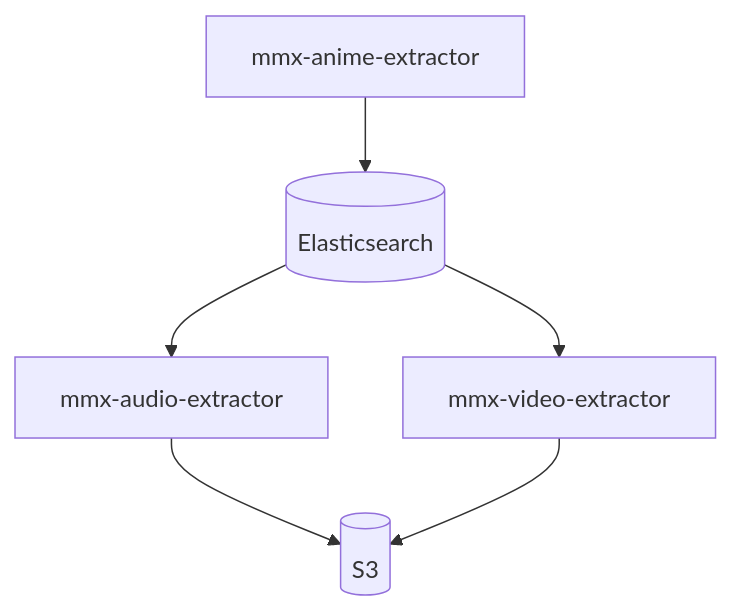
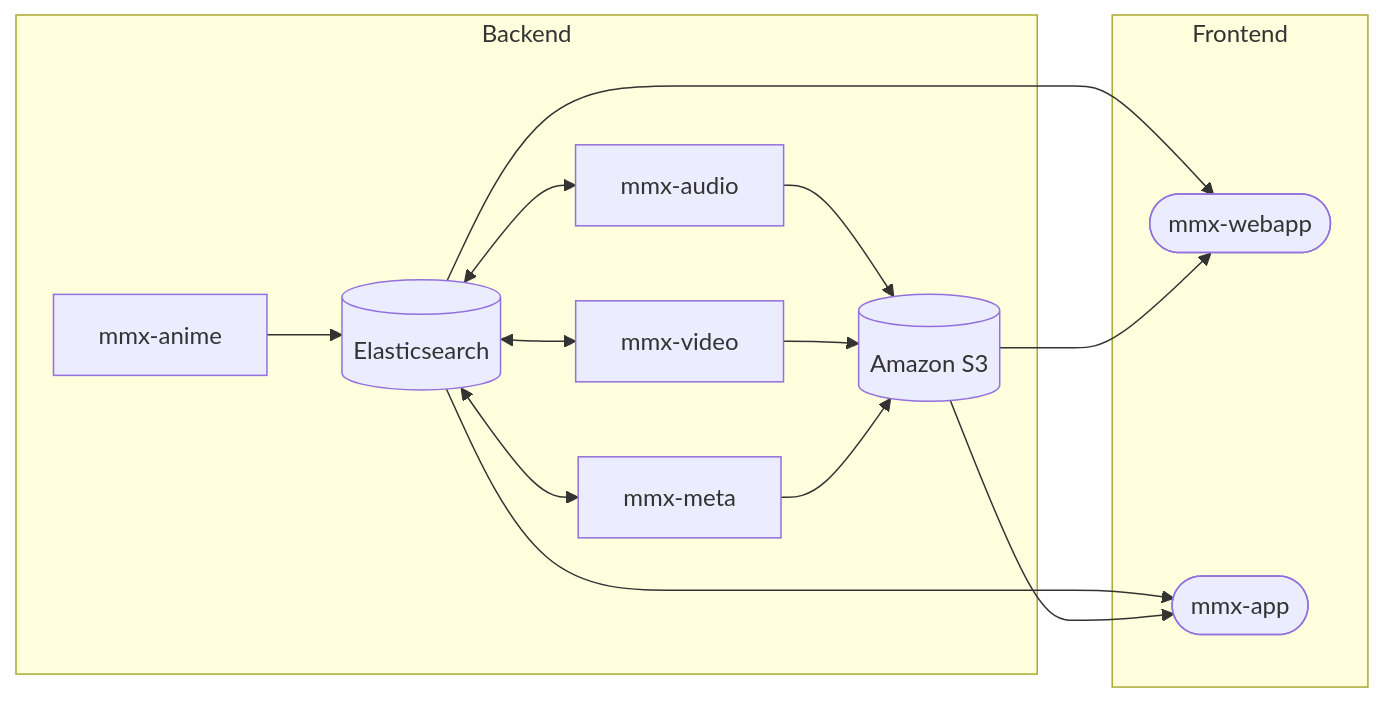
One commit to MangaMiX/mmx-doc changed the diagram in README.md. Above: the diagram before and after it, drawn with Mermaid. The commit also changed other lines of this file, not shown here.

````diff
--- a/README.md
+++ b/README.md
@@ -25,8 +57,18 @@
 ```mermaid
-graph TD
-    mmx-anime-extractor-->id1[(Elasticsearch)]
-    id1[(Elasticsearch)]-->mmx-audio-extractor
-    id1[(Elasticsearch)]-->mmx-video-extractor
-    mmx-audio-extractor-->id2[(S3)]
-    mmx-video-extractor-->id2[(S3)]
+flowchart LR
+    subgraph Backend 
+    mmx-anime --> id1[(Elasticsearch)]
+    id1[(Elasticsearch)] <--> mmx-audio
+    id1[(Elasticsearch)] <--> mmx-meta
+    id1[(Elasticsearch)] <--> mmx-video
+    mmx-audio --> id2[(Amazon S3)]
+    mmx-video --> id2[(Amazon S3)]
+    mmx-meta --> id2[(Amazon S3)]
+    end
+    subgraph Frontend
+    id1[(Elasticsearch)] --> id3([mmx-webapp])
+    id2[(Amazon S3)] --> id3([mmx-webapp])
+    id1[(Elasticsearch)] --> id4([mmx-app])
+    id2[(Amazon S3)] --> id4([mmx-app])
+    end
 ```
````
